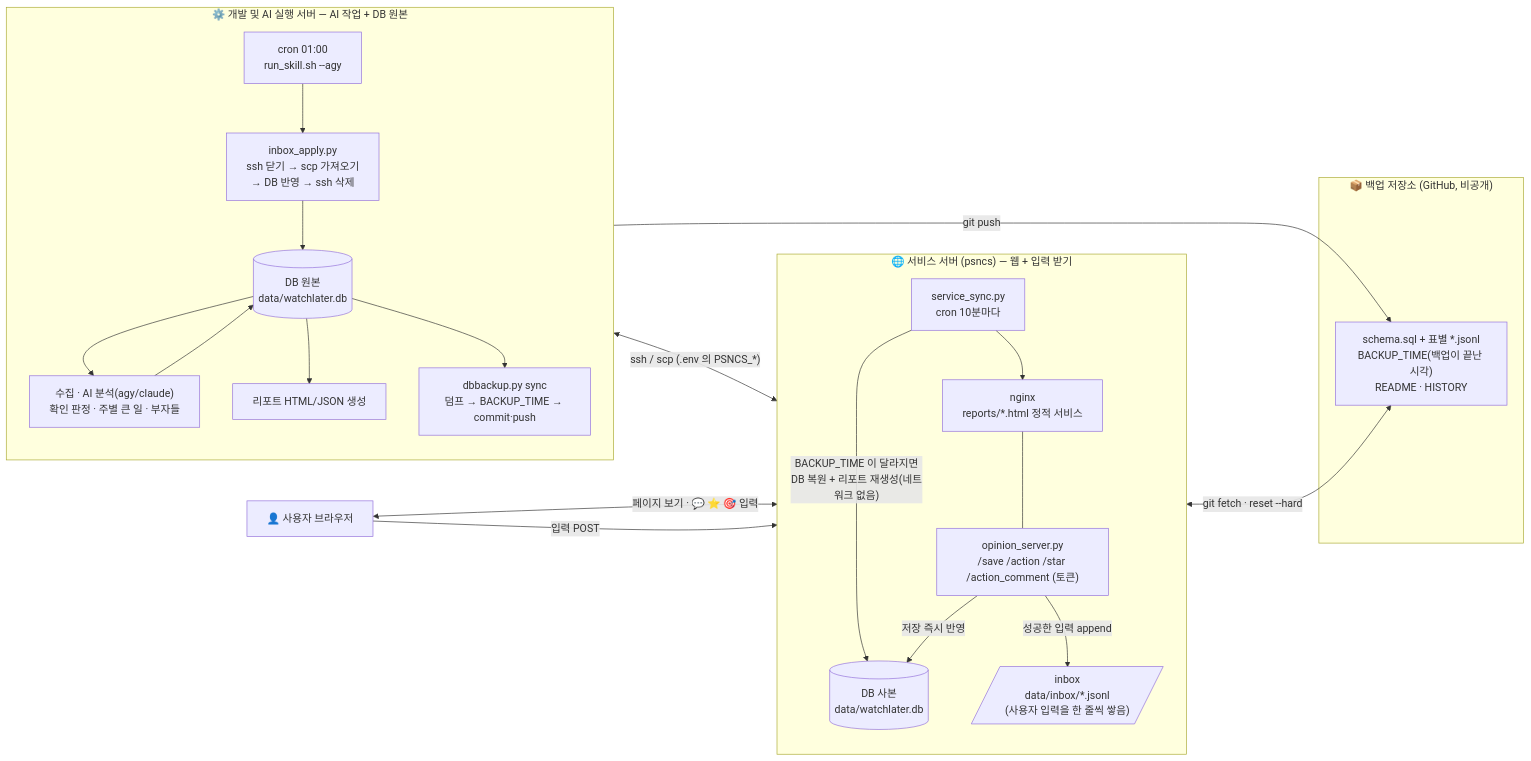
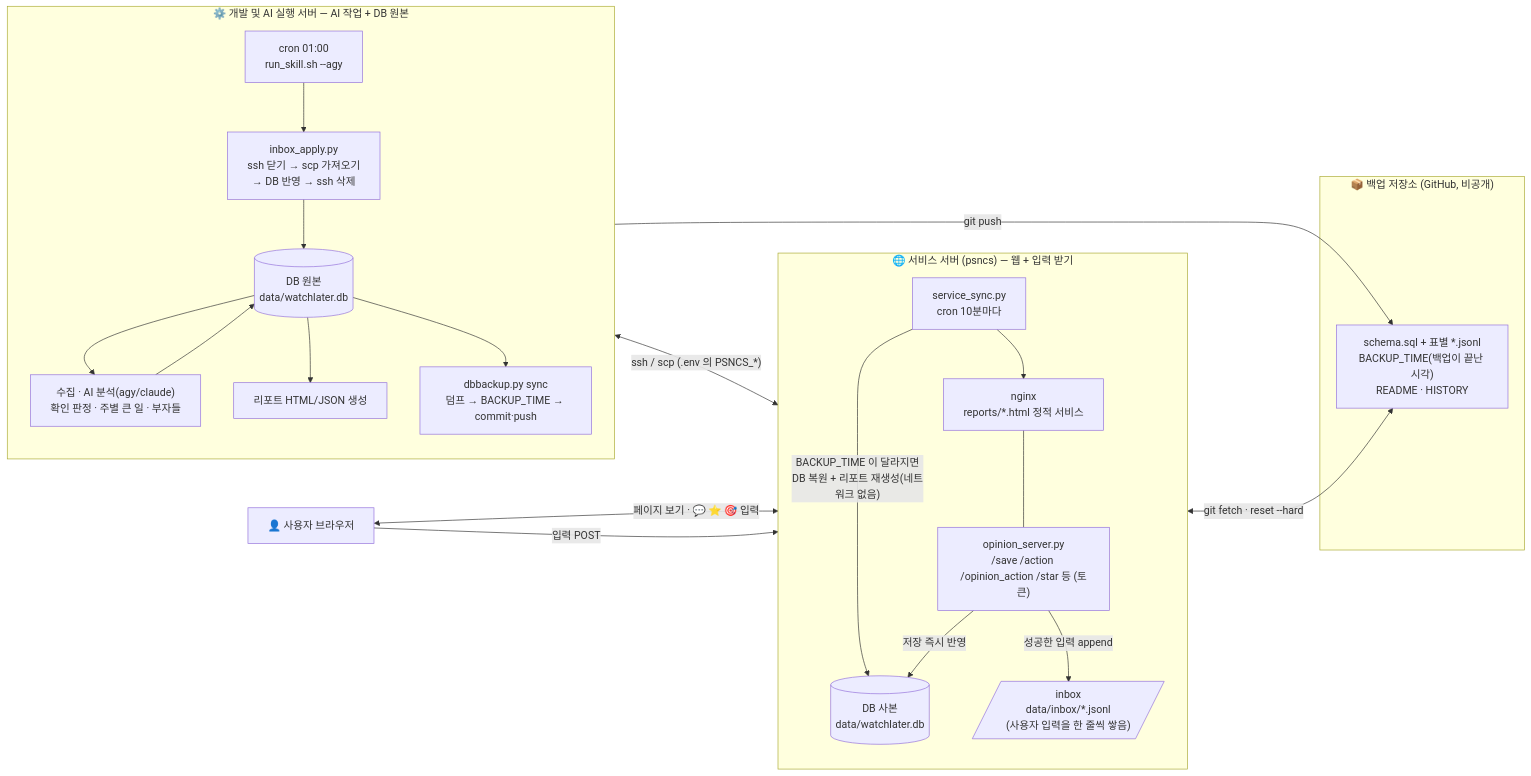
The first of 2 diagrams in README.md (cheoljoo/yt-watcher-later), drawn with Mermaid before and after one commit. The commit also changed other lines of this file and 8 other files, not shown here.

````diff
--- a/README.md
+++ b/README.md
@@ -46,42 +46,42 @@
 ```mermaid
 flowchart LR
     U["👤 사용자 브라우저"]
 
     subgraph SVC["🌐 서비스 서버 (psncs) — 웹 + 입력 받기"]
         direction TB
         NG["nginx<br/>reports/*.html 정적 서비스"]
-        API["opinion_server.py<br/>/save /action /star /action_comment (토큰)"]
+        API["opinion_server.py<br/>/save /action /opinion_action /star 등 (토큰)"]
         SDB[("DB 사본<br/>data/watchlater.db")]
         IN[/"inbox<br/>data/inbox/*.jsonl<br/>(사용자 입력을 한 줄씩 쌓음)"/]
         SYNC["service_sync.py<br/>cron 10분마다"]
         NG --- API
         API -->|"저장 즉시 반영"| SDB
         API -->|"성공한 입력 append"| IN
         SYNC -->|"BACKUP_TIME 이 달라지면<br/>DB 복원 + 리포트 재생성(네트워크 없음)"| SDB
         SYNC --> NG
     end
 
     subgraph GH["📦 백업 저장소 (GitHub, 비공개)"]
         BK["schema.sql + 표별 *.jsonl<br/>BACKUP_TIME(백업이 끝난 시각)<br/>README · HISTORY"]
     end
 
     subgraph DEV["⚙️ 개발 및 AI 실행 서버 — AI 작업 + DB 원본"]
         direction TB
         CRON["cron 01:00<br/>run_skill.sh --agy"]
         APPLY["inbox_apply.py<br/>ssh 닫기 → scp 가져오기<br/>→ DB 반영 → ssh 삭제"]
         DDB[("DB 원본<br/>data/watchlater.db")]
         AI["수집 · AI 분석(agy/claude)<br/>확인 판정 · 주별 큰 일 · 부자들"]
         RPT["리포트 HTML/JSON 생성"]
         DUMP["dbbackup.py sync<br/>덤프 → BACKUP_TIME → commit·push"]
         CRON --> APPLY --> DDB
         DDB --> AI --> DDB
         DDB --> RPT
         DDB --> DUMP
     end
 
     U <-->|"페이지 보기 · 💬 ⭐ 🎯 입력"| NG
     U -->|"입력 POST"| API
     APPLY <-->|"ssh / scp (.env 의 PSNCS_*)"| IN
     DUMP -->|"git push"| BK
     SYNC <-->|"git fetch · reset --hard"| BK
 ```
````
